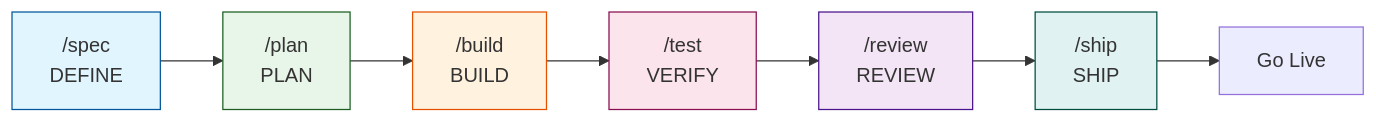
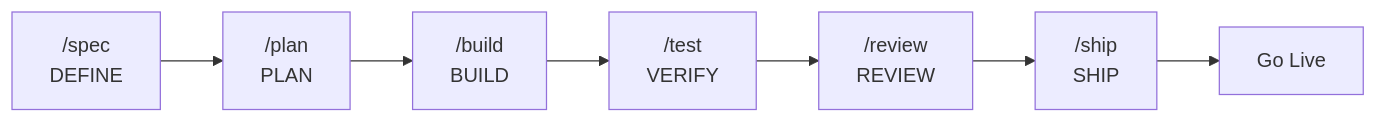
Before and after one commit to Fisherk2/spec-driven-develop-opencode-workspace: the diagram in README.md, drawn with Mermaid. The commit also changed other lines of this file and 2 other files, not shown here.

````diff
--- a/README.md
+++ b/README.md
@@ -113,16 +113,9 @@
 ```mermaid
 flowchart LR
     A["/spec<br/>DEFINE"] --> B["/plan<br/>PLAN"]
     B --> C["/build<br/>BUILD"]
     C --> D["/test<br/>VERIFY"]
     D --> E["/review<br/>REVIEW"]
     E --> F["/ship<br/>SHIP"]
     F --> G["Go Live"]
-
-    style A fill:#e1f5fe,stroke:#01579b
-    style B fill:#e8f5e9,stroke:#1b5e20
-    style C fill:#fff3e0,stroke:#e65100
-    style D fill:#fce4ec,stroke:#880e4f
-    style E fill:#f3e5f5,stroke:#4a148c
-    style F fill:#e0f2f1,stroke:#004d40
 ```
````
